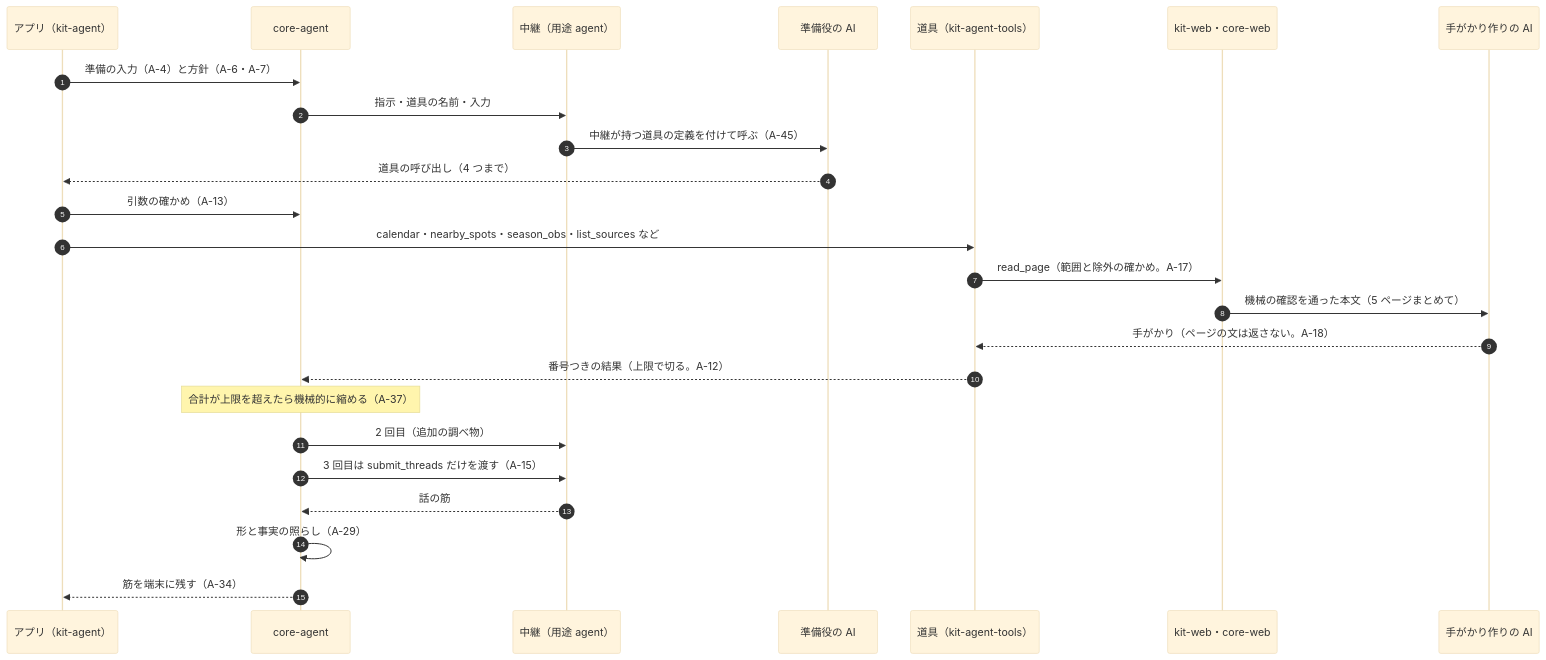
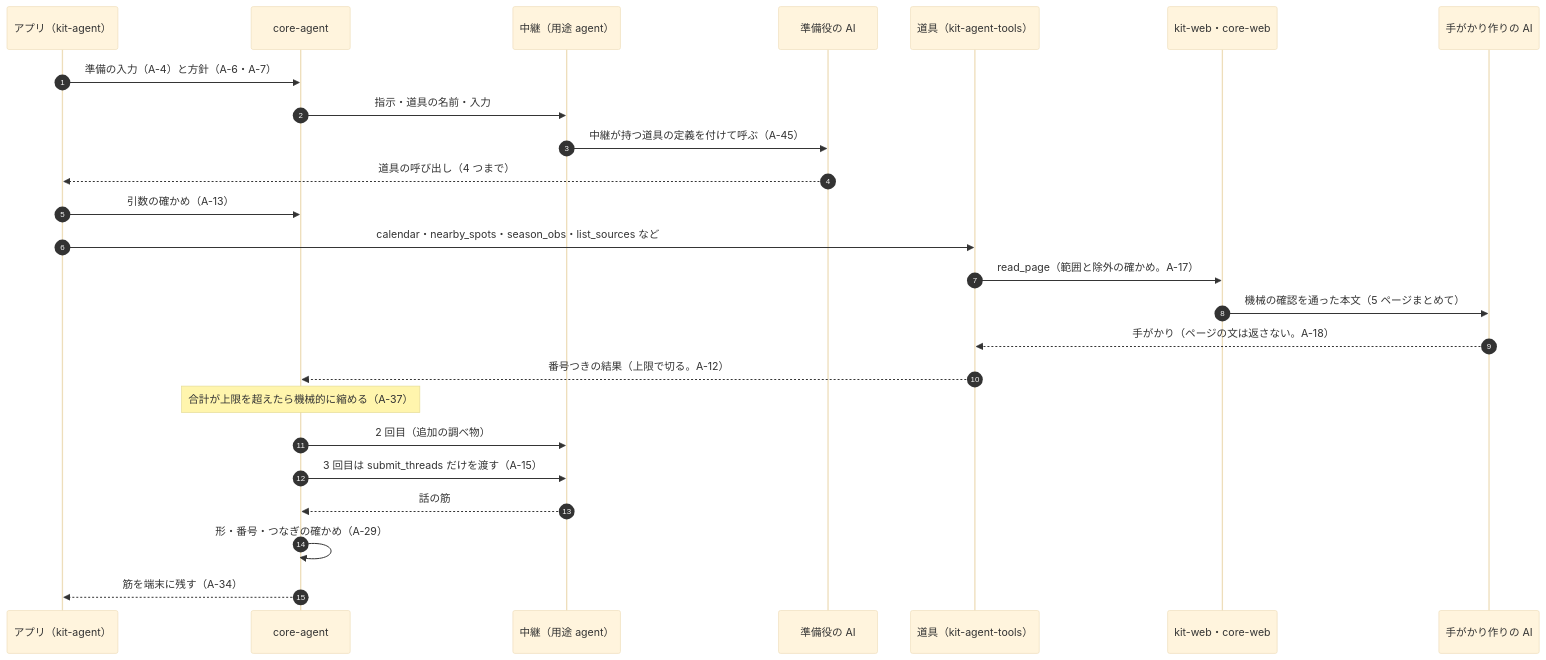
Before and after one commit to duwenji/yorisoi-platform: the second of 3 diagrams in docs/decisions/ADR-AGENT.md, drawn with Mermaid (base theme). The commit also changed other lines of this file, not shown here.

````diff
--- a/docs/decisions/ADR-AGENT.md
+++ b/docs/decisions/ADR-AGENT.md
@@ -104,27 +105,27 @@
 ```mermaid
 sequenceDiagram
     autonumber
     participant App as アプリ（kit-agent）
     participant Core as core-agent
     participant Relay as 中継（用途 agent）
     participant AI as 準備役の AI
     participant Tools as 道具（kit-agent-tools）
     participant Web as kit-web・core-web
     participant Hints as 手がかり作りの AI
     App->>Core: 準備の入力（A-4）と方針（A-6・A-7）
     Core->>Relay: 指示・道具の名前・入力
     Relay->>AI: 中継が持つ道具の定義を付けて呼ぶ（A-45）
     AI-->>App: 道具の呼び出し（4 つまで）
     App->>Core: 引数の確かめ（A-13）
     App->>Tools: calendar・nearby_spots・season_obs・list_sources など
     Tools->>Web: read_page（範囲と除外の確かめ。A-17）
     Web->>Hints: 機械の確認を通った本文（5 ページまとめて）
     Hints-->>Tools: 手がかり（ページの文は返さない。A-18）
     Tools-->>Core: 番号つきの結果（上限で切る。A-12）
     Note over Core: 合計が上限を超えたら機械的に縮める（A-37）
     Core->>Relay: 2 回目（追加の調べ物）
     Core->>Relay: 3 回目は submit_threads だけを渡す（A-15）
     Relay-->>Core: 話の筋
-    Core->>Core: 形と事実の照らし（A-29）
+    Core->>Core: 形・番号・つなぎの確かめ（A-29）
     Core-->>App: 筋を端末に残す（A-34）
 ```
````
